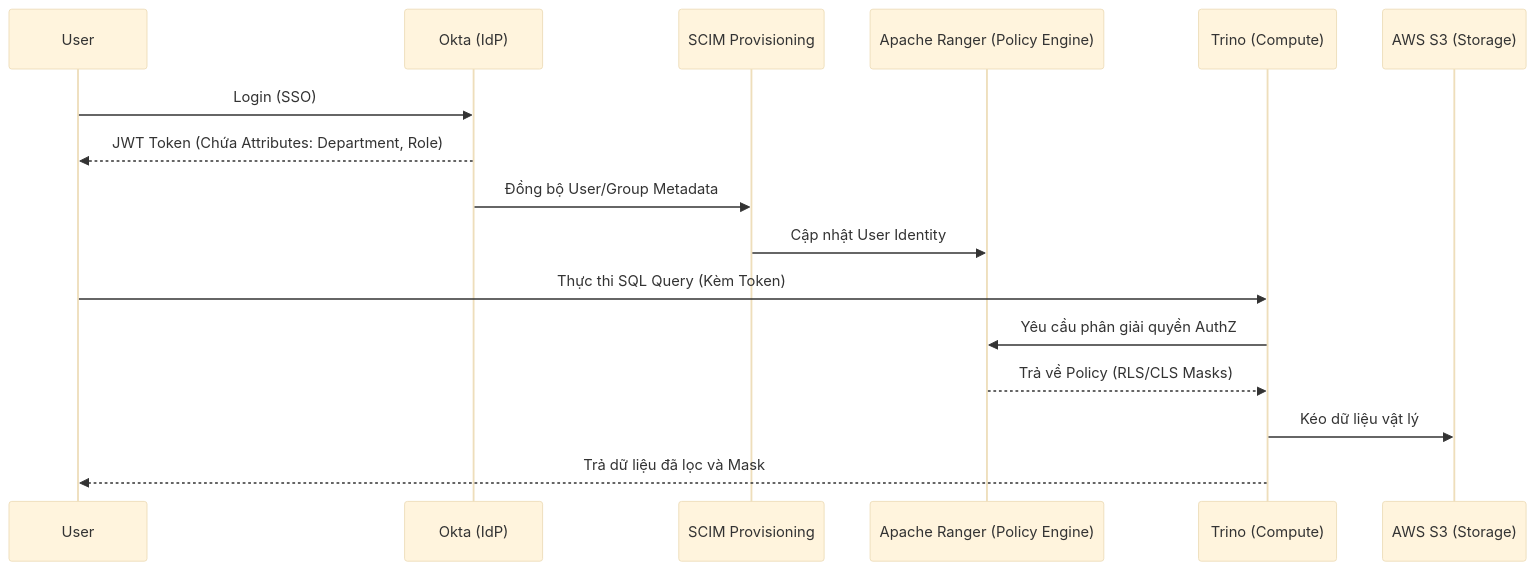
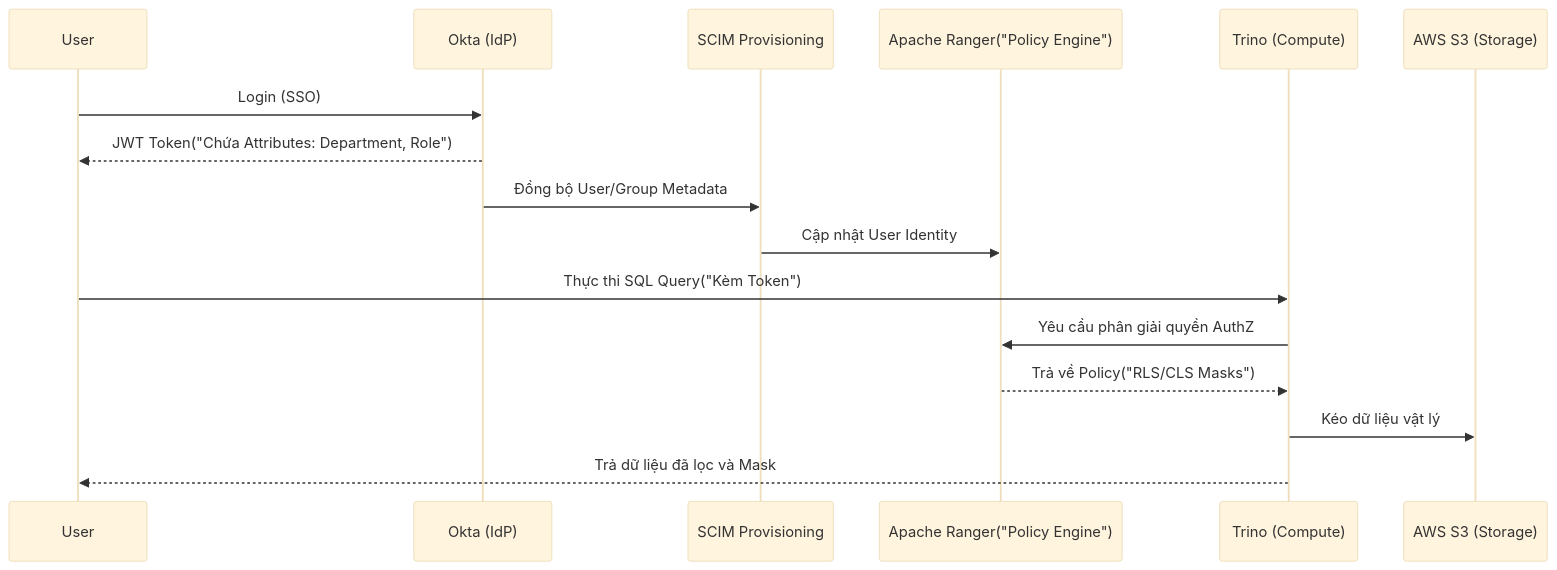
One commit to kythuatdulieu/kythuatdulieu.github.io changed the diagram in src/content/docs/concepts/8-security-governance-finops/access-control.md. Above: the diagram before and after it, drawn with Mermaid (base theme). The commit also changed 190 other files, not shown here.

Commit message:
fix: resolve mermaid syntax, math rendering, and metadata issues from content rewrite

````diff
--- a/src/content/docs/concepts/8-security-governance-finops/access-control.md
+++ b/src/content/docs/concepts/8-security-governance-finops/access-control.md
@@ -123,19 +123,19 @@
 ```mermaid
 sequenceDiagram
     participant User
     participant Okta as Okta (IdP)
     participant SCIM as SCIM Provisioning
-    participant Ranger as Apache Ranger (Policy Engine)
+    participant Ranger as Apache Ranger("Policy Engine")
     participant Trino as Trino (Compute)
     participant S3 as AWS S3 (Storage)
 
     User->>Okta: Login (SSO)
-    Okta-->>User: JWT Token (Chứa Attributes: Department, Role)
+    Okta-->>User: JWT Token("Chứa Attributes: Department, Role")
     Okta->>SCIM: Đồng bộ User/Group Metadata
     SCIM->>Ranger: Cập nhật User Identity
-    User->>Trino: Thực thi SQL Query (Kèm Token)
+    User->>Trino: Thực thi SQL Query("Kèm Token")
     Trino->>Ranger: Yêu cầu phân giải quyền AuthZ
-    Ranger-->>Trino: Trả về Policy (RLS/CLS Masks)
+    Ranger-->>Trino: Trả về Policy("RLS/CLS Masks")
     Trino->>S3: Kéo dữ liệu vật lý
     Trino-->>User: Trả dữ liệu đã lọc và Mask
 ```
````
